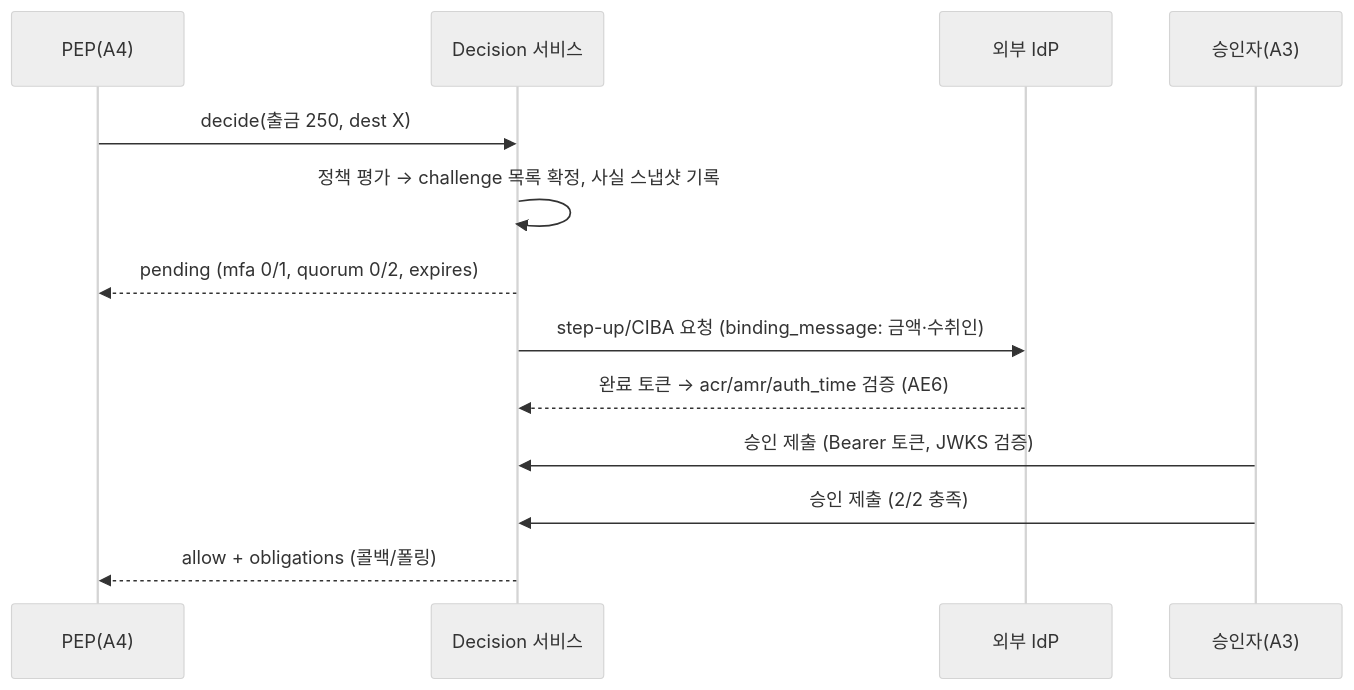
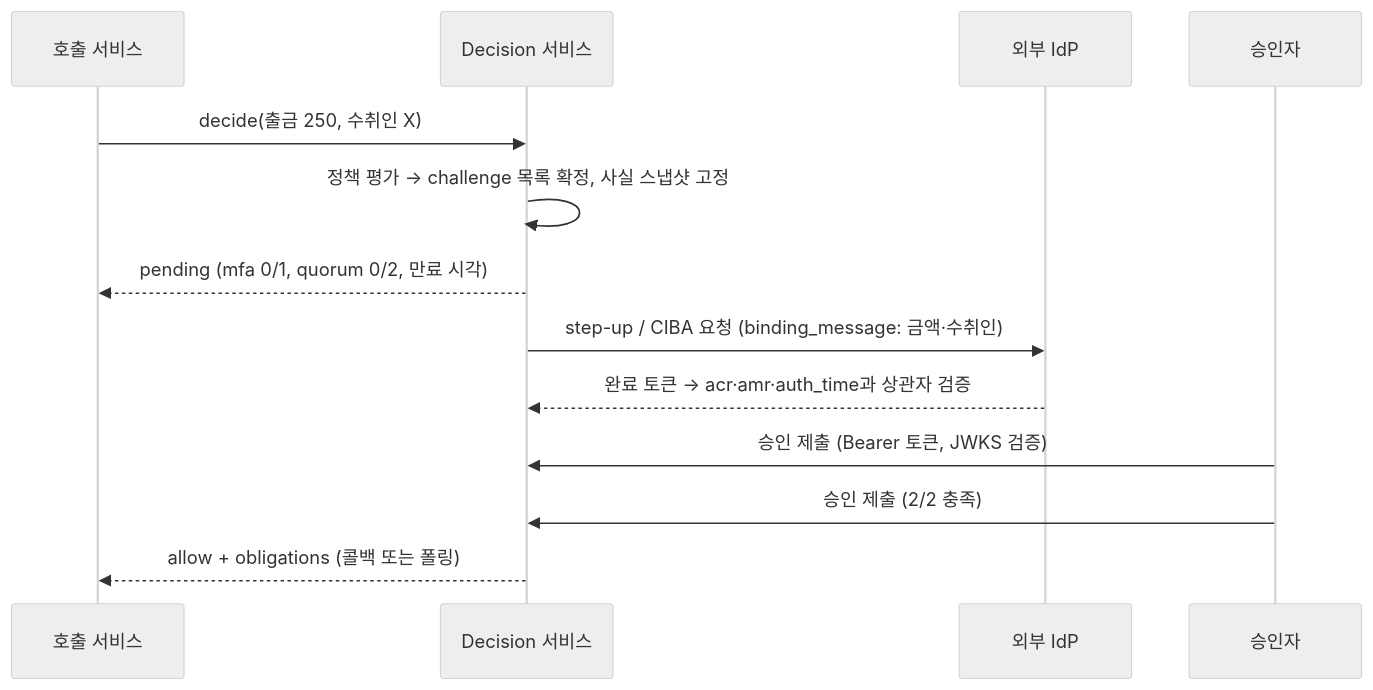
Before and after one commit to d0lim/stamp: the fifth of 5 diagrams in docs/plans/2026-08-07-001-feat-stamp-feature-map-plan.md, drawn with Mermaid (neutral theme). The commit also changed other lines of this file, not shown here.

````diff
--- a/docs/plans/2026-08-07-001-feat-stamp-feature-map-plan.md
+++ b/docs/plans/2026-08-07-001-feat-stamp-feature-map-plan.md
@@ -347,15 +394,15 @@
 ```mermaid
 sequenceDiagram
-    participant PEP as PEP(A4)
+    participant PEP as 호출 서비스
     participant DEC as Decision 서비스
     participant IDP as 외부 IdP
-    participant APR as 승인자(A3)
-    PEP->>DEC: decide(출금 250, dest X)
-    DEC->>DEC: 정책 평가 → challenge 목록 확정, 사실 스냅샷 기록
-    DEC-->>PEP: pending (mfa 0/1, quorum 0/2, expires)
-    DEC->>IDP: step-up/CIBA 요청 (binding_message: 금액·수취인)
-    IDP-->>DEC: 완료 토큰 → acr/amr/auth_time 검증 (AE6)
+    participant APR as 승인자
+    PEP->>DEC: decide(출금 250, 수취인 X)
+    DEC->>DEC: 정책 평가 → challenge 목록 확정, 사실 스냅샷 고정
+    DEC-->>PEP: pending (mfa 0/1, quorum 0/2, 만료 시각)
+    DEC->>IDP: step-up / CIBA 요청 (binding_message: 금액·수취인)
+    IDP-->>DEC: 완료 토큰 → acr·amr·auth_time과 상관자 검증
     APR->>DEC: 승인 제출 (Bearer 토큰, JWKS 검증)
     APR->>DEC: 승인 제출 (2/2 충족)
-    DEC-->>PEP: allow + obligations (콜백/폴링)
+    DEC-->>PEP: allow + obligations (콜백 또는 폴링)
 ```
````
